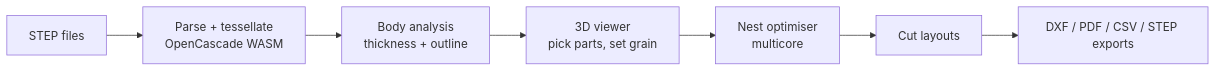
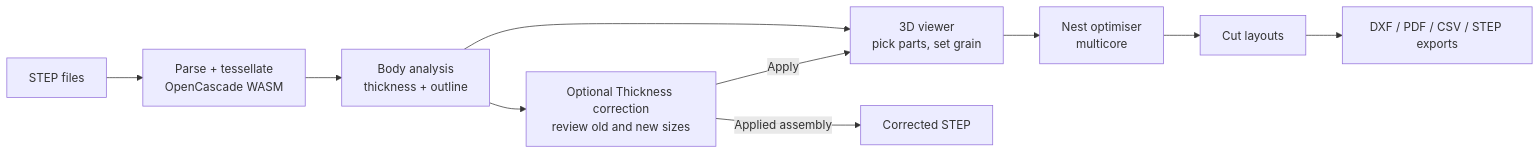
The first of 5 diagrams in docs/WHITEPAPER.md (yvaditya/plywood-estimator), drawn with Mermaid before and after one commit. The commit also changed other lines of this file and 8 other files, not shown here.

Commit message:
Document thickness workspace and corrected CAD workflow

````diff
--- a/docs/WHITEPAPER.md
+++ b/docs/WHITEPAPER.md
@@ -25,9 +28,12 @@
 ```mermaid
 flowchart LR
     A[STEP files] --> B[Parse + tessellate<br/>OpenCascade WASM]
     B --> C[Body analysis<br/>thickness + outline]
     C --> D[3D viewer<br/>pick parts, set grain]
+    C --> T[Optional Thickness correction<br/>review old and new sizes]
+    T -->|Apply| D
+    T -->|Applied assembly| S[Corrected STEP]
     D --> E[Nest optimiser<br/>multicore]
     E --> F[Cut layouts]
     F --> G[DXF / PDF / CSV / STEP exports]
 ```
````
